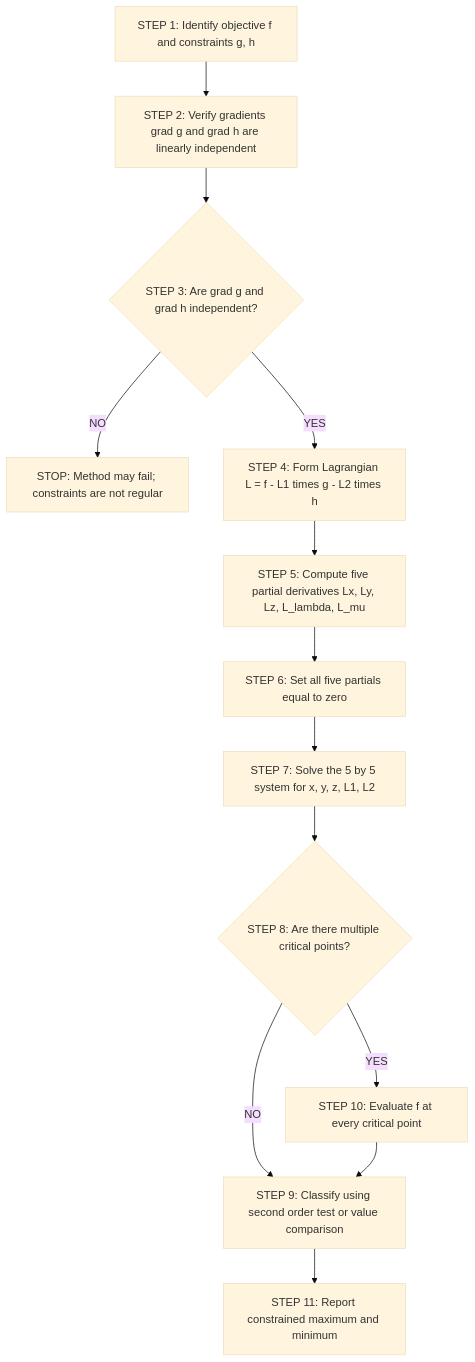
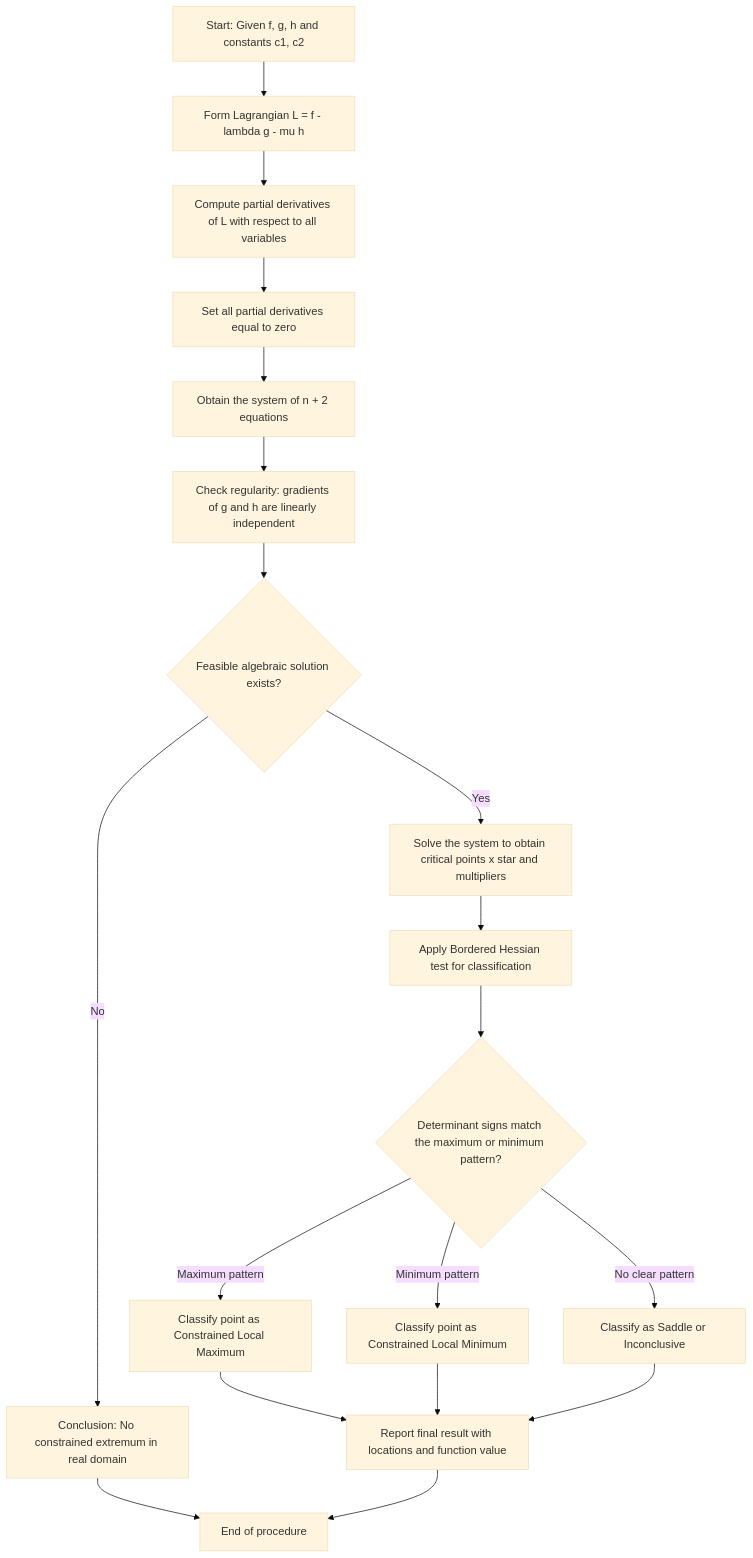
Before and after one commit to vishnuu-kr/ktunode: the first of 2 diagrams in public/notes/computer-science-and-engineering/semester-1/gamat101-mathematics-for-information-science-1/04-module-4-constrained-maxima-and-minima/the-method-of-lagrange-multipliers-with-two-constraints/notes.md, drawn with Mermaid (base theme). The commit also changed other lines of this file and 4829 other files, not shown here.

````diff
--- a/public/notes/computer-science-and-engineering/semester-1/gamat101-mathematics-for-information-science-1/04-module-4-constrained-maxima-and-minima/the-method-of-lagrange-multipliers-with-two-constraints/notes.md
+++ b/public/notes/computer-science-and-engineering/semester-1/gamat101-mathematics-for-information-science-1/04-module-4-constrained-maxima-and-minima/the-method-of-lagrange-multipliers-with-two-constraints/notes.md
@@ -344,15 +289,21 @@
 ```mermaid
 flowchart TD
-    A1["STEP 1: Identify objective f and constraints g, h"] --> A2["STEP 2: Verify gradients grad g and grad h are linearly independent"]
-    A2 --> A3{"STEP 3: Are grad g and grad h independent?"}
-    A3 -- "NO" --> A4["STOP: Method may fail; constraints are not regular"]
-    A3 -- "YES" --> A5["STEP 4: Form Lagrangian L = f - L1 times g - L2 times h"]
-    A5 --> A6["STEP 5: Compute five partial derivatives Lx, Ly, Lz, L_lambda, L_mu"]
-    A6 --> A7["STEP 6: Set all five partials equal to zero"]
-    A7 --> A8["STEP 7: Solve the 5 by 5 system for x, y, z, L1, L2"]
-    A8 --> A9{"STEP 8: Are there multiple critical points?"}
-    A9 -- "NO" --> A10["STEP 9: Classify using second order test or value comparison"]
-    A9 -- "YES" --> A11["STEP 10: Evaluate f at every critical point"]
-    A11 --> A10
-    A10 --> A12["STEP 11: Report constrained maximum and minimum"]
+    A[Start: Given f, g, h and constants c1, c2] --> B[Form Lagrangian L = f - lambda g - mu h]
+    B --> C[Compute partial derivatives of L with respect to all variables]
+    C --> D[Set all partial derivatives equal to zero]
+    D --> E[Obtain the system of n + 2 equations]
+    E --> F[Check regularity: gradients of g and h are linearly independent]
+    F --> G{Feasible algebraic solution exists?}
+    G -- No --> H[Conclusion: No constrained extremum in real domain]
+    G -- Yes --> I[Solve the system to obtain critical points x star and multipliers]
+    I --> J[Apply Bordered Hessian test for classification]
+    J --> K{Determinant signs match the maximum or minimum pattern?}
+    K -- Maximum pattern --> L[Classify point as Constrained Local Maximum]
+    K -- Minimum pattern --> M[Classify point as Constrained Local Minimum]
+    K -- No clear pattern --> N[Classify as Saddle or Inconclusive]
+    L --> O[Report final result with locations and function value]
+    M --> O
+    N --> O
+    H --> P[End of procedure]
+    O --> P
 ```
````
